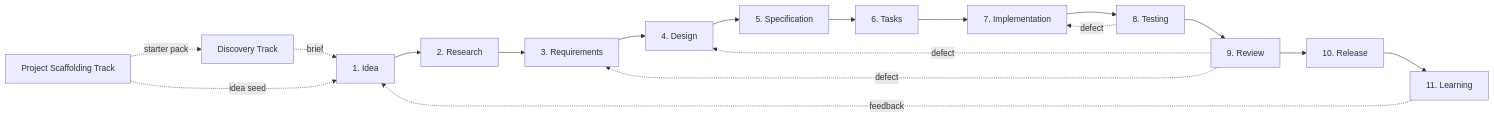
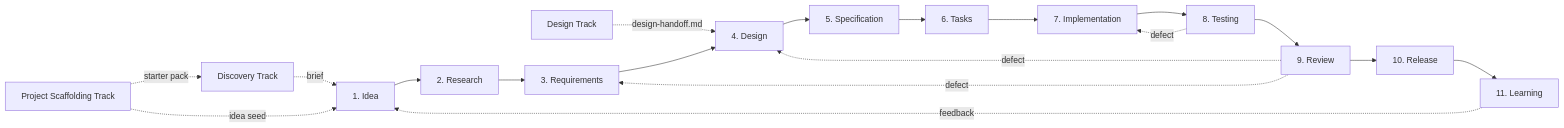
The diagram in docs/specorator.md (Luis85/agentic-workflow), drawn with Mermaid before and after one commit. The commit also changed other lines of this file and 10 other files, not shown here.

First line of the commit message:
feat(design): add Design Track (Frame -> Sketch -> Mock -> Handoff)

````diff
--- a/docs/specorator.md
+++ b/docs/specorator.md
@@ -46,35 +47,37 @@
 ```mermaid
 flowchart LR
     scaffold["Project Scaffolding Track"]
     discovery["Discovery Track"]
+    design_track["Design Track"]
     idea["1. Idea"]
     research["2. Research"]
     requirements["3. Requirements"]
     design["4. Design"]
     specification["5. Specification"]
     tasks["6. Tasks"]
     implementation["7. Implementation"]
     testing["8. Testing"]
     review["9. Review"]
     release["10. Release"]
     learning["11. Learning"]
 
     scaffold -.->|starter pack| discovery
     scaffold -.->|idea seed| idea
+    design_track -.->|design-handoff.md| design
     discovery -.->|brief| idea
     idea --> research
     research --> requirements
     requirements --> design
     design --> specification
     specification --> tasks
     tasks --> implementation
     implementation --> testing
     testing --> review
     review --> release
     release --> learning
 
     learning -.->|feedback| idea
     review -.->|defect| requirements
     review -.->|defect| design
     testing -.->|defect| implementation
 ```
````
